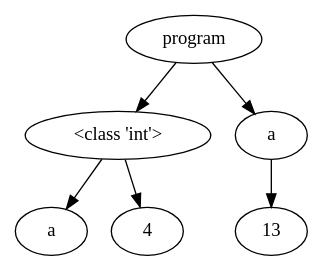
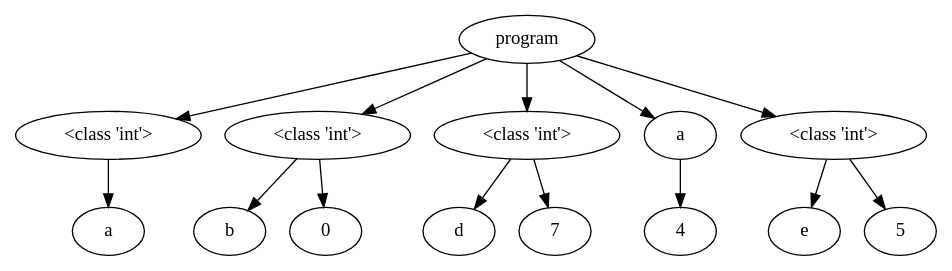
The diagram in OutputFiles/dotVisualization.dot (NielsVandenBroeck/COMP_Compiler), drawn with Graphviz before and after one commit. The commit also changed 5 other files, not shown here.

```diff
--- a/OutputFiles/dotVisualization.dot
+++ b/OutputFiles/dotVisualization.dot
@@ -1,15 +1,34 @@
 digraph G { 
-"<AST.AST object at 0x000001FB179EE1F0> (0)"[label="program"]
-"<AST.ASTDataType object at 0x000001FB179F71F0> (1)"[label="<class 'int'>"]
-"<AST.AST object at 0x000001FB179EE1F0> (0)"->"<AST.ASTDataType object at 0x000001FB179F71F0> (1)"
-"<AST.ASTDataType object at 0x000001FB179F71F0> (1)"[label="<class 'int'>"]
-"<AST.ASTVariable object at 0x000001FB179F76A0> (2)"[label="a"]
-"<AST.ASTDataType object at 0x000001FB179F71F0> (1)"->"<AST.ASTVariable object at 0x000001FB179F76A0> (2)"
-"<AST.AST object at 0x000001FB179F76D0> (2)"[label="4"]
-"<AST.ASTDataType object at 0x000001FB179F71F0> (1)"->"<AST.AST object at 0x000001FB179F76D0> (2)"
-"<AST.ASTVariable object at 0x000001FB179F7C40> (1)"[label="a"]
-"<AST.AST object at 0x000001FB179EE1F0> (0)"->"<AST.ASTVariable object at 0x000001FB179F7C40> (1)"
-"<AST.ASTVariable object at 0x000001FB179F7C40> (1)"[label="a"]
-"<AST.ASTOperator object at 0x000001FB179F7E20> (2)"[label="13"]
-"<AST.ASTVariable object at 0x000001FB179F7C40> (1)"->"<AST.ASTOperator object at 0x000001FB179F7E20> (2)"
+"<AST.AST object at 0x000002CD1A304790> (0)"[label="program"]
+"<AST.ASTDataType object at 0x000002CD1A304C70> (1)"[label="<class 'int'>"]
+"<AST.AST object at 0x000002CD1A304790> (0)"->"<AST.ASTDataType object at 0x000002CD1A304C70> (1)"
+"<AST.ASTDataType object at 0x000002CD1A304C70> (1)"[label="<class 'int'>"]
+"<AST.ASTVariable object at 0x000002CD1A304580> (2)"[label="a"]
+"<AST.ASTDataType object at 0x000002CD1A304C70> (1)"->"<AST.ASTVariable object at 0x000002CD1A304580> (2)"
+"<AST.ASTDataType object at 0x000002CD1A304E20> (1)"[label="<class 'int'>"]
+"<AST.AST object at 0x000002CD1A304790> (0)"->"<AST.ASTDataType object at 0x000002CD1A304E20> (1)"
+"<AST.ASTDataType object at 0x000002CD1A304E20> (1)"[label="<class 'int'>"]
+"<AST.ASTVariable object at 0x000002CD1A304AC0> (2)"[label="b"]
+"<AST.ASTDataType object at 0x000002CD1A304E20> (1)"->"<AST.ASTVariable object at 0x000002CD1A304AC0> (2)"
+"<AST.ASTVariable object at 0x000002CD1A304BB0> (2)"[label="0"]
+"<AST.ASTDataType object at 0x000002CD1A304E20> (1)"->"<AST.ASTVariable object at 0x000002CD1A304BB0> (2)"
+"<AST.ASTDataType object at 0x000002CD1A310070> (1)"[label="<class 'int'>"]
+"<AST.AST object at 0x000002CD1A304790> (0)"->"<AST.ASTDataType object at 0x000002CD1A310070> (1)"
+"<AST.ASTDataType object at 0x000002CD1A310070> (1)"[label="<class 'int'>"]
+"<AST.ASTVariable object at 0x000002CD1A304A90> (2)"[label="d"]
+"<AST.ASTDataType object at 0x000002CD1A310070> (1)"->"<AST.ASTVariable object at 0x000002CD1A304A90> (2)"
+"<AST.ASTOperator object at 0x000002CD1A310250> (2)"[label="7"]
+"<AST.ASTDataType object at 0x000002CD1A310070> (1)"->"<AST.ASTOperator object at 0x000002CD1A310250> (2)"
+"<AST.ASTVariable object at 0x000002CD1A3102B0> (1)"[label="a"]
+"<AST.AST object at 0x000002CD1A304790> (0)"->"<AST.ASTVariable object at 0x000002CD1A3102B0> (1)"
+"<AST.ASTVariable object at 0x000002CD1A3102B0> (1)"[label="a"]
+"<AST.AST object at 0x000002CD1A310340> (2)"[label="4"]
+"<AST.ASTVariable object at 0x000002CD1A3102B0> (1)"->"<AST.AST object at 0x000002CD1A310340> (2)"
+"<AST.ASTDataType object at 0x000002CD1A310400> (1)"[label="<class 'int'>"]
+"<AST.AST object at 0x000002CD1A304790> (0)"->"<AST.ASTDataType object at 0x000002CD1A310400> (1)"
+"<AST.ASTDataType object at 0x000002CD1A310400> (1)"[label="<class 'int'>"]
+"<AST.ASTVariable object at 0x000002CD1A3103A0> (2)"[label="e"]
+"<AST.ASTDataType object at 0x000002CD1A310400> (1)"->"<AST.ASTVariable object at 0x000002CD1A3103A0> (2)"
+"<AST.ASTOperator object at 0x000002CD1A310550> (2)"[label="5"]
+"<AST.ASTDataType object at 0x000002CD1A310400> (1)"->"<AST.ASTOperator object at 0x000002CD1A310550> (2)"
 }
```
